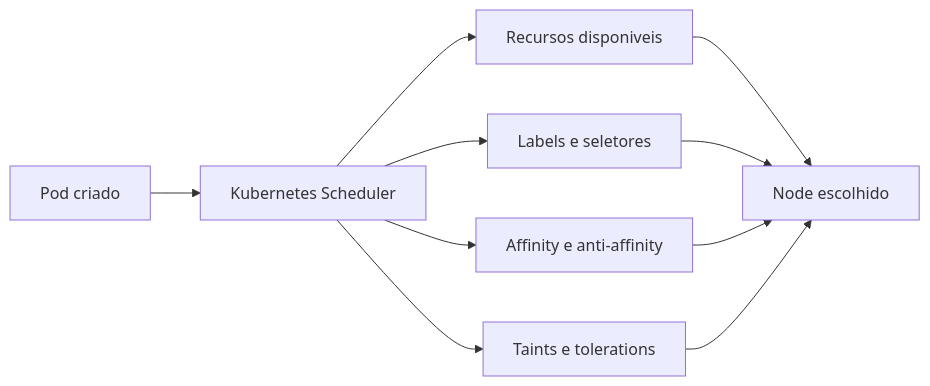
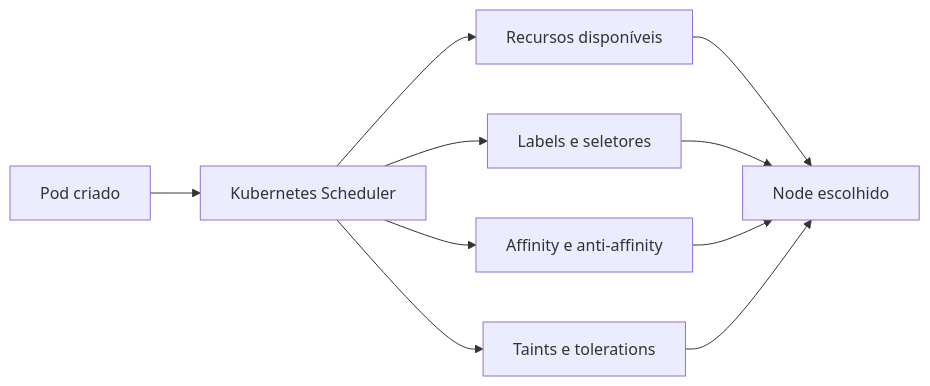
One commit to brodyandre/kubernetes-resilience-ha-lab changed the second of 4 diagrams in README.md. Above: the diagram before and after it, drawn with Mermaid. The commit also changed other lines of this file, not shown here.

````diff
--- a/README.md
+++ b/README.md
@@ -119,12 +119,12 @@
 ```mermaid
 flowchart LR
   P[Pod criado] --> K[Kubernetes Scheduler]
-  K --> R[Recursos disponiveis]
+  K --> R[Recursos disponíveis]
   K --> L[Labels e seletores]
   K --> A[Affinity e anti-affinity]
   K --> T[Taints e tolerations]
   R --> N[Node escolhido]
   L --> N
   A --> N
   T --> N
 ```
````
